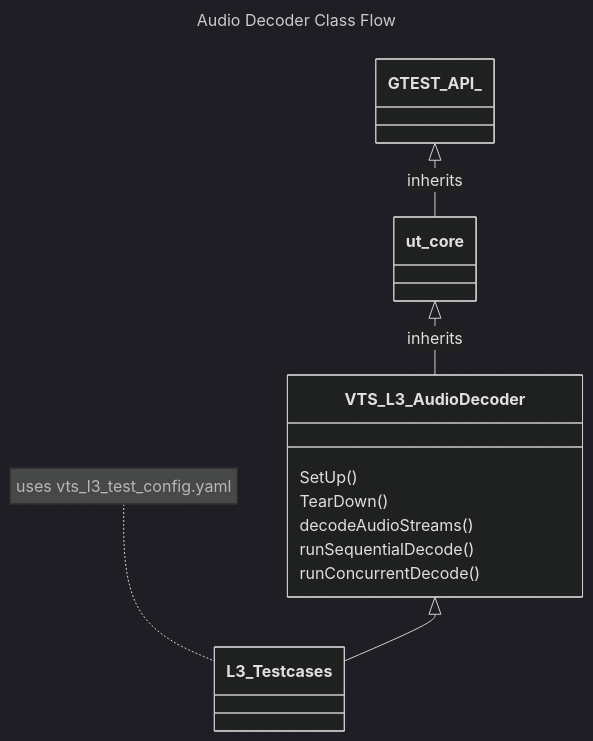
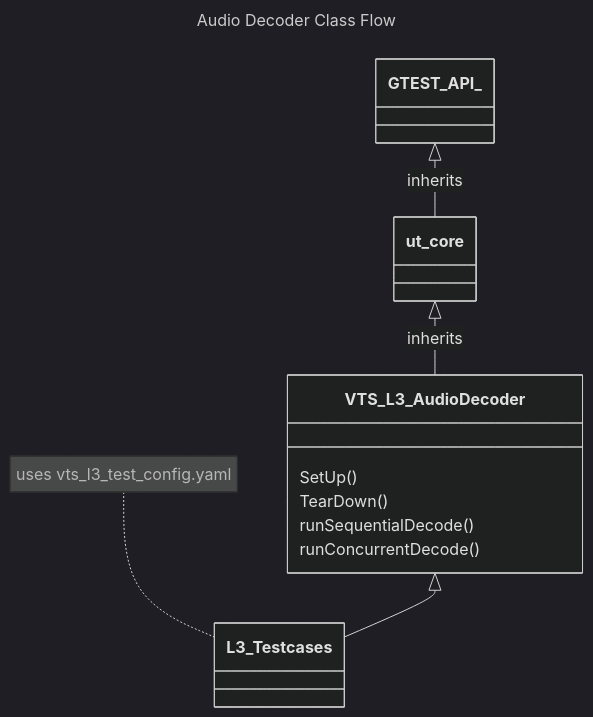
One commit to davidkoo-brcm/rdk-halif-aidl-test-audiodecoder changed the first of 12 diagrams in docs/pages/audioDecoder_L3_Low-Level_TestSpecification.md. Above: the diagram before and after it, drawn with Mermaid (dark theme). The commit also changed other lines of this file and 1 other file, not shown here.

````diff
--- a/docs/pages/audioDecoder_L3_Low-Level_TestSpecification.md
+++ b/docs/pages/audioDecoder_L3_Low-Level_TestSpecification.md
@@ -173,17 +174,16 @@
 ```mermaid
 ---
 title: Audio Decoder Class Flow
 ---
 classDiagram
     GTEST_API_ <|-- ut_core : inherits
     ut_core <|-- VTS_L3_AudioDecoder : inherits
     class VTS_L3_AudioDecoder{
       SetUp()
       TearDown()
-      decodeAudioStreams()
       runSequentialDecode()
       runConcurrentDecode()
     }
     VTS_L3_AudioDecoder <|-- L3_Testcases
     note for L3_Testcases "uses vts_l3_test_config.yaml"
 ```
````
